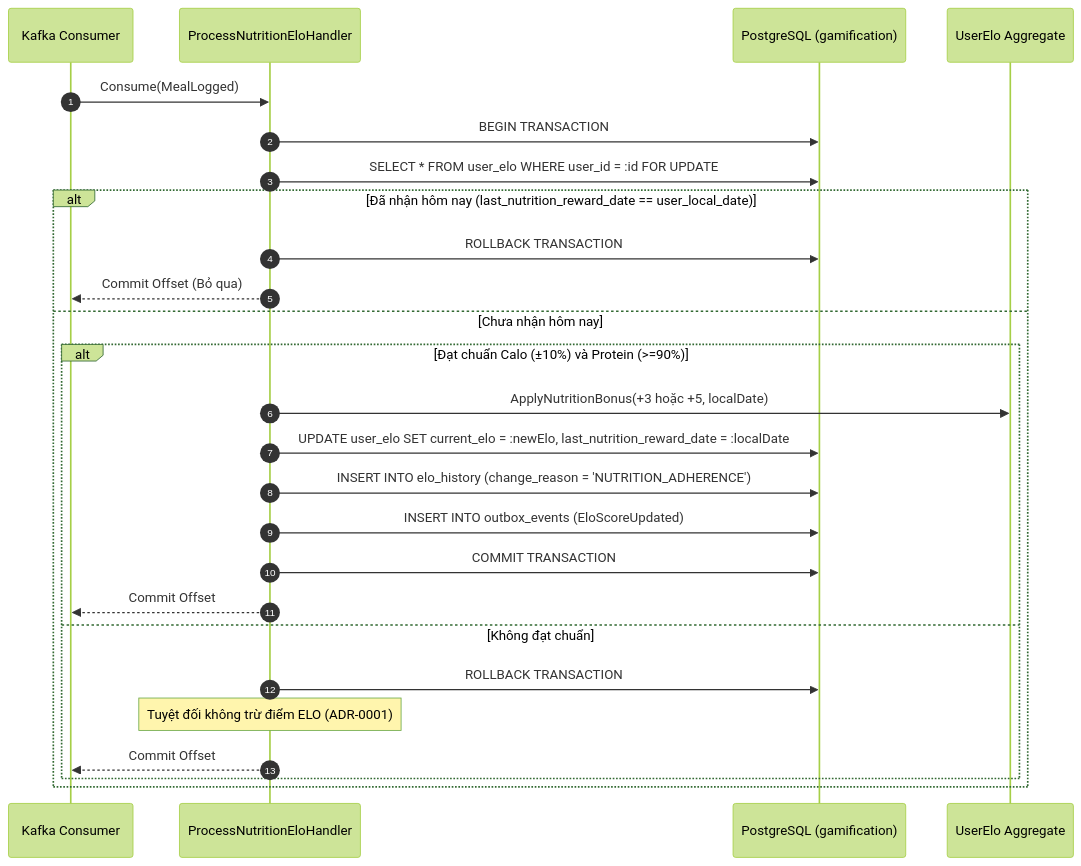
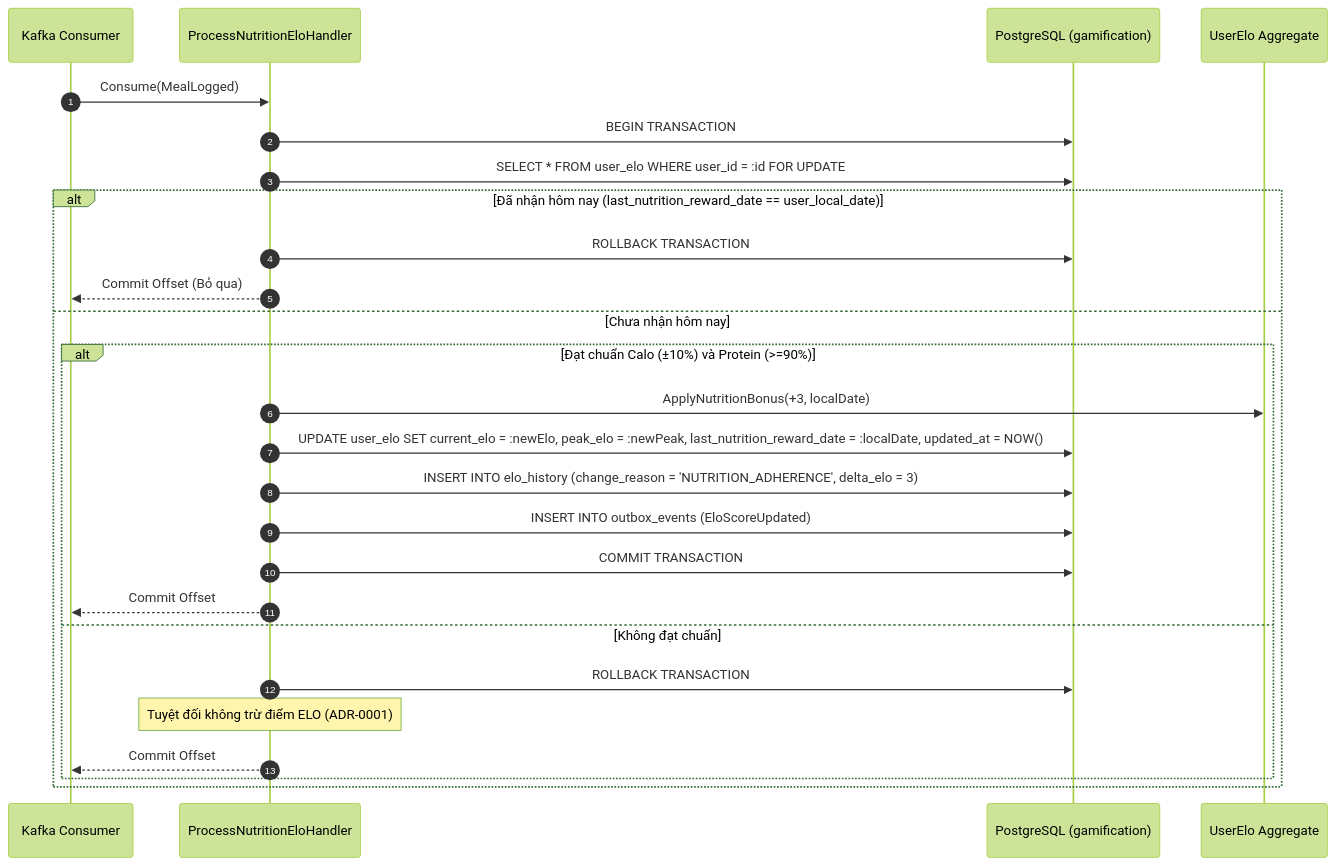
The fifth of 7 diagrams in internal/gamification/docs/features/elo-and-rank-tiers/02-design.md (viethung213/gym-companion), drawn with Mermaid (forest theme) before and after one commit. The commit also changed other lines of this file and 7 other files, not shown here.

First line of the commit message:
📝 docs(gamification): prune redundant schema and synchronize elo spec

````diff
--- a/internal/gamification/docs/features/elo-and-rank-tiers/02-design.md
+++ b/internal/gamification/docs/features/elo-and-rank-tiers/02-design.md
@@ -290,29 +273,29 @@
 ```mermaid
 sequenceDiagram
     autonumber
     participant K as Kafka Consumer
     participant App as ProcessNutritionEloHandler
     participant DB as PostgreSQL (gamification)
     participant Domain as UserElo Aggregate
 
     K->>App: Consume(MealLogged)
     App->>DB: BEGIN TRANSACTION
     App->>DB: SELECT * FROM user_elo WHERE user_id = :id FOR UPDATE
     alt Đã nhận hôm nay (last_nutrition_reward_date == user_local_date)
         App->>DB: ROLLBACK TRANSACTION
         App-->>K: Commit Offset (Bỏ qua)
     else Chưa nhận hôm nay
         alt Đạt chuẩn Calo (±10%) và Protein (>=90%)
-            App->>Domain: ApplyNutritionBonus(+3 hoặc +5, localDate)
-            App->>DB: UPDATE user_elo SET current_elo = :newElo, last_nutrition_reward_date = :localDate
-            App->>DB: INSERT INTO elo_history (change_reason = 'NUTRITION_ADHERENCE')
+            App->>Domain: ApplyNutritionBonus(+3, localDate)
+            App->>DB: UPDATE user_elo SET current_elo = :newElo, peak_elo = :newPeak, last_nutrition_reward_date = :localDate, updated_at = NOW()
+            App->>DB: INSERT INTO elo_history (change_reason = 'NUTRITION_ADHERENCE', delta_elo = 3)
             App->>DB: INSERT INTO outbox_events (EloScoreUpdated)
             App->>DB: COMMIT TRANSACTION
             App-->>K: Commit Offset
         else Không đạt chuẩn
             App->>DB: ROLLBACK TRANSACTION
             Note over App: Tuyệt đối không trừ điểm ELO (ADR-0001)
             App-->>K: Commit Offset
         end
     end
 ```
````
